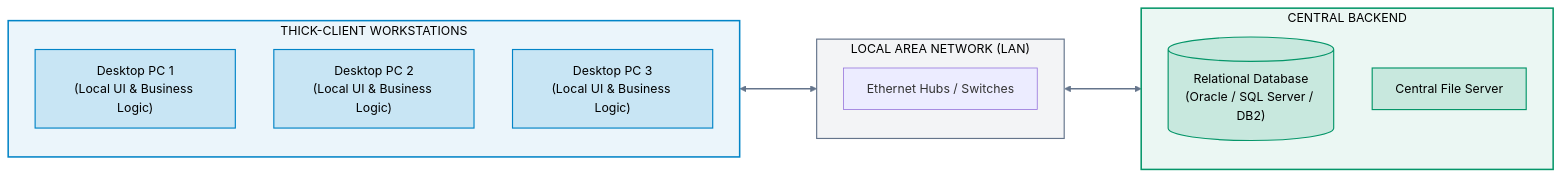
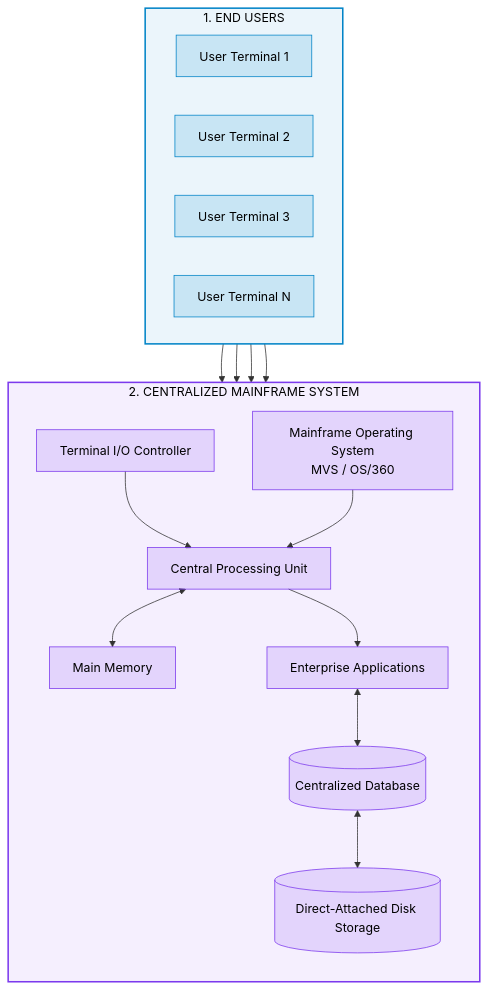
The second of 9 diagrams in 00-Foundations/01-cloud-computing/02_Evolution_of_Computing_OnPrem_to_Cloud.md (vikram-interloid/cloud-engineering), drawn with Mermaid before and after one commit. The commit also changed other lines of this file and 18 other files, not shown here.

````diff
--- a/00-Foundations/01-cloud-computing/02_Evolution_of_Computing_OnPrem_to_Cloud.md
+++ b/00-Foundations/01-cloud-computing/02_Evolution_of_Computing_OnPrem_to_Cloud.md
@@ -49,34 +46,42 @@
 ```mermaid
-flowchart LR
-    subgraph CLIENTS["THICK-CLIENT WORKSTATIONS"]
-        direction TB
-        C1["Desktop PC 1<br/>(Local UI & Business Logic)"]
-        C2["Desktop PC 2<br/>(Local UI & Business Logic)"]
-        C3["Desktop PC 3<br/>(Local UI & Business Logic)"]
+flowchart TB
+    subgraph USERS["1. END USERS"]
+        direction LR
+        U1["User Terminal 1"]
+        U2["User Terminal 2"]
+        U3["User Terminal 3"]
+        U4["User Terminal N"]
     end
 
-    subgraph NETWORK["LOCAL AREA NETWORK (LAN)"]
+    subgraph CENTRAL["2. CENTRALIZED MAINFRAME SYSTEM"]
         direction TB
-        SW["Ethernet Hubs / Switches"]
+        IO["Terminal I/O Controller"]
+        CPU["Central Processing Unit"]
+        RAM["Main Memory"]
+        OS["Mainframe Operating System<br/>MVS / OS/360"]
+        APP["Enterprise Applications"]
+        DB[("Centralized Database")]
+        DISK[("Direct-Attached Disk Storage")]
+
+        IO --> CPU
+        CPU <--> RAM
+        OS --> CPU
+        CPU --> APP
+        APP <--> DB
+        DB <--> DISK
     end
 
-    subgraph SERVERS["CENTRAL BACKEND"]
-        direction TB
-        DB[("Relational Database<br/>(Oracle / SQL Server / DB2)")]
-        FILE["Central File Server"]
-    end
+    U1 --> IO
+    U2 --> IO
+    U3 --> IO
+    U4 --> IO
 
-    CLIENTS <===> NETWORK <===> SERVERS
+    style USERS fill:#0284c7,fill-opacity:0.08,stroke:#0284c7,stroke-width:2px,color:inherit
+    style CENTRAL fill:#7c3aed,fill-opacity:0.08,stroke:#7c3aed,stroke-width:2px,color:inherit
 
-    style CLIENTS fill:#0284c7,fill-opacity:0.08,stroke:#0284c7,stroke-width:2px,color:inherit
-    style NETWORK fill:#64748b,fill-opacity:0.08,stroke:#64748b,stroke-width:1.5px,color:inherit
-    style SERVERS fill:#059669,fill-opacity:0.08,stroke:#059669,stroke-width:2px,color:inherit
+    classDef userNode fill:#0284c7,fill-opacity:0.15,stroke:#0284c7,color:inherit
+    classDef mainNode fill:#7c3aed,fill-opacity:0.15,stroke:#7c3aed,color:inherit
 
-    classDef cNode fill:#0284c7,fill-opacity:0.15,stroke:#0284c7,stroke-width:1.5px,color:inherit
-    class C1,C2,C3 cNode
-
-    classDef sNode fill:#059669,fill-opacity:0.15,stroke:#059669,stroke-width:1.5px,color:inherit
-    class DB,FILE sNode
-
-    linkStyle default stroke:#64748b,stroke-width:2px
+    class U1,U2,U3,U4 userNode
+    class IO,CPU,RAM,OS,APP,DB,DISK mainNode
 ```
````
